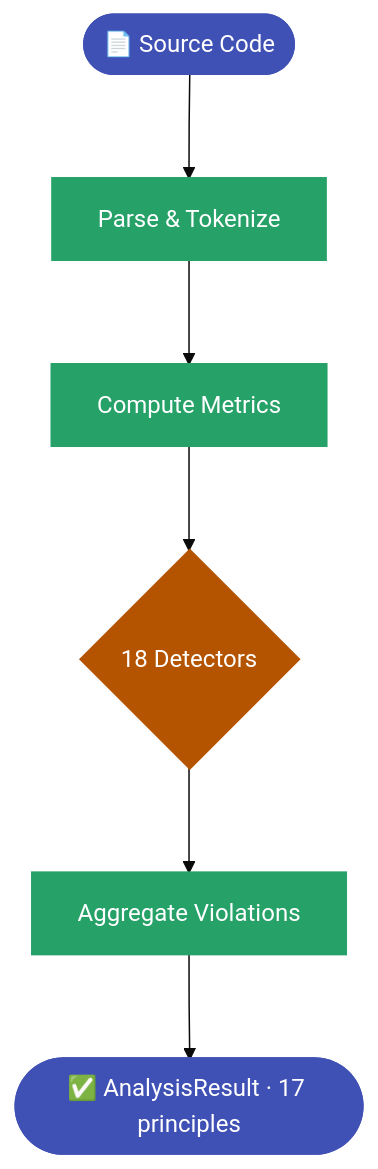
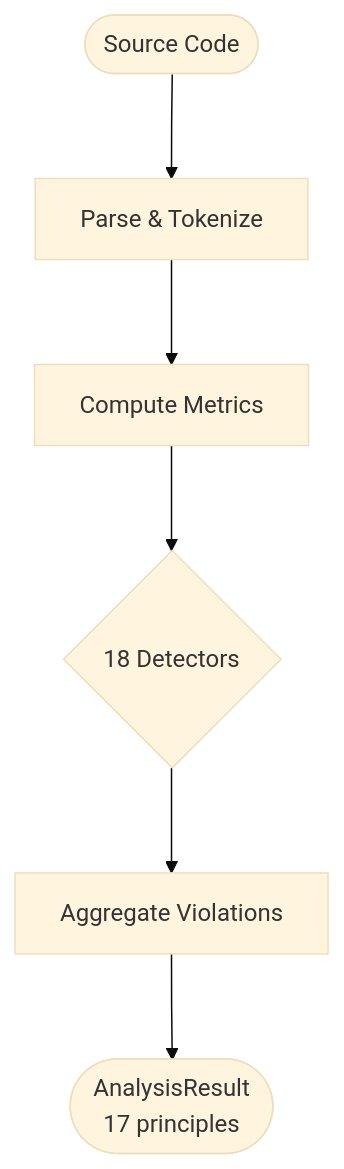
One commit to Anselmoo/mcp-zen-of-languages changed the third of 4 diagrams in docs/user-guide/languages/rust.md. Above: the diagram before and after it, drawn with Mermaid. The commit also changed other lines of this file and 18 other files, not shown here.

````diff
--- a/docs/user-guide/languages/rust.md
+++ b/docs/user-guide/languages/rust.md
@@ -592,16 +515,9 @@
     ```mermaid
-%%{init: {"theme": "base", "flowchart": {"useMaxWidth": false, "htmlLabels": true, "nodeSpacing": 50, "rankSpacing": 70}}}%%
+    %%{init: {"theme": "base", "flowchart": {"useMaxWidth": false, "htmlLabels": true, "nodeSpacing": 50, "rankSpacing": 70}}}%%
     flowchart TD
-    Source(["📄 Source Code"]) --> Parse["Parse & Tokenize"]
+    Source(["Source Code"]) --> Parse["Parse & Tokenize"]
     Parse --> Metrics["Compute Metrics"]
     Metrics --> Pipeline{"18 Detectors"}
     Pipeline --> Collect["Aggregate Violations"]
-    Collect --> Result(["✅ AnalysisResult · 17 principles"])
-
-    classDef io fill:#4051b5,color:#ffffff,stroke:#4051b5,stroke-width:2px
-    classDef process fill:#26a269,color:#ffffff,stroke:#26a269,stroke-width:2px
-    classDef decision fill:#b55400,color:#ffffff,stroke:#b55400,stroke-width:2px
-    class Source,Result io
-    class Parse,Metrics,Collect process
-    class Pipeline decision
+    Collect --> Result(["AnalysisResult<br/>17 principles"])
     ```
````
